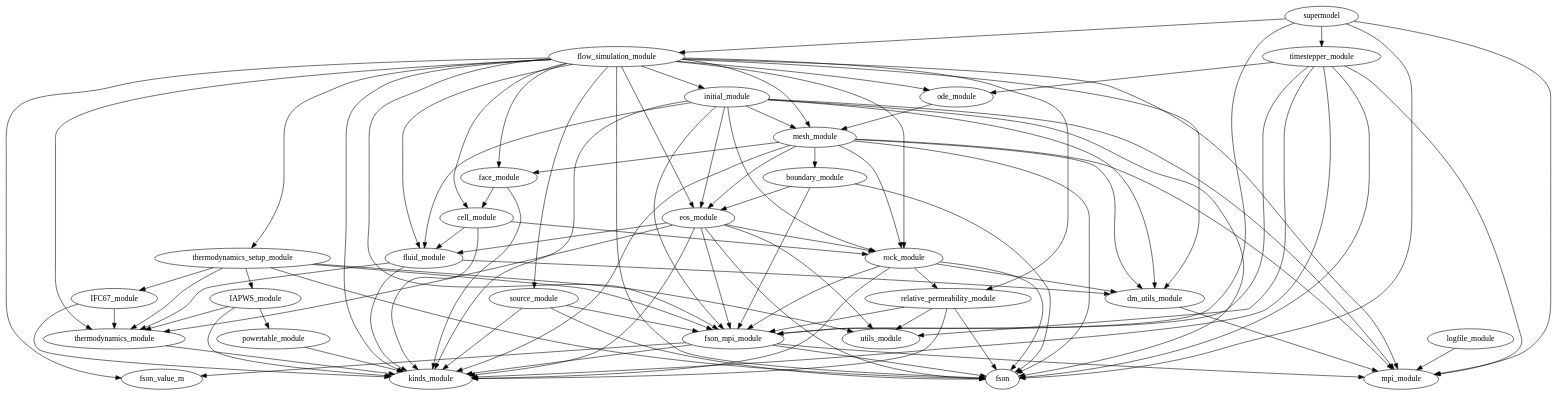
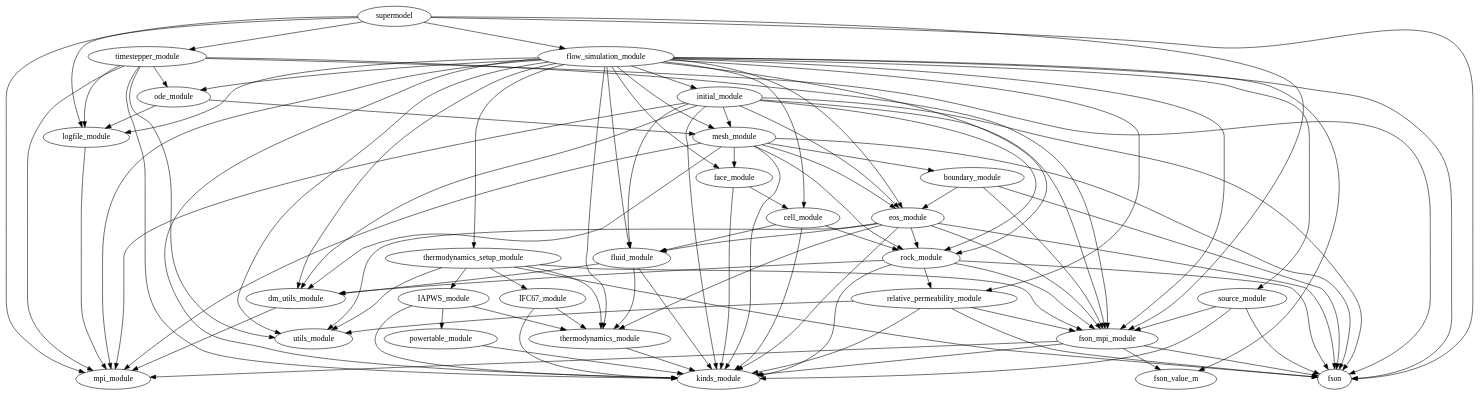
The diagram in doc/depends.dot (waiwera/waiwera), drawn with Graphviz before and after one commit. The commit also changed 2 other files, not shown here.

Commit message:
Changed timestepper step_output() routine to step_header() and removed current step print() call from it- so this is now just printing header info at the start of each time step

```diff
--- a/doc/depends.dot
+++ b/doc/depends.dot
@@ -1,98 +1,103 @@
-digraph logfile_module{
+digraph supermodel{
         fluid_module -> dm_utils_module
         fluid_module -> kinds_module
         fluid_module -> thermodynamics_module
         eos_module -> fluid_module
         eos_module -> fson
         eos_module -> fson_mpi_module
         eos_module -> kinds_module
         eos_module -> rock_module
         eos_module -> thermodynamics_module
         eos_module -> utils_module
         rock_module -> dm_utils_module
         rock_module -> fson
         rock_module -> fson_mpi_module
         rock_module -> kinds_module
         rock_module -> relative_permeability_module
         powertable_module -> kinds_module
+        ode_module -> logfile_module
         ode_module -> mesh_module
         dm_utils_module -> mpi_module
         cell_module -> fluid_module
         cell_module -> kinds_module
         cell_module -> rock_module
         boundary_module -> eos_module
         boundary_module -> fson
         boundary_module -> fson_mpi_module
         flow_simulation_module -> cell_module
         flow_simulation_module -> dm_utils_module
         flow_simulation_module -> eos_module
         flow_simulation_module -> face_module
         flow_simulation_module -> fluid_module
         flow_simulation_module -> fson
         flow_simulation_module -> fson_mpi_module
         flow_simulation_module -> fson_value_m
         flow_simulation_module -> initial_module
         flow_simulation_module -> kinds_module
+        flow_simulation_module -> logfile_module
         flow_simulation_module -> mesh_module
         flow_simulation_module -> mpi_module
         flow_simulation_module -> ode_module
         flow_simulation_module -> relative_permeability_module
         flow_simulation_module -> rock_module
         flow_simulation_module -> source_module
         flow_simulation_module -> thermodynamics_module
         flow_simulation_module -> thermodynamics_setup_module
+        flow_simulation_module -> utils_module
         thermodynamics_module -> kinds_module
         face_module -> cell_module
         face_module -> kinds_module
         initial_module -> dm_utils_module
         initial_module -> eos_module
         initial_module -> fluid_module
         initial_module -> fson
         initial_module -> fson_mpi_module
         initial_module -> kinds_module
         initial_module -> mesh_module
         initial_module -> mpi_module
         initial_module -> rock_module
         mesh_module -> boundary_module
         mesh_module -> dm_utils_module
         mesh_module -> eos_module
         mesh_module -> face_module
         mesh_module -> fson
         mesh_module -> kinds_module
         mesh_module -> mpi_module
         mesh_module -> rock_module
         fson_mpi_module -> fson
         fson_mpi_module -> fson_value_m
         fson_mpi_module -> kinds_module
         fson_mpi_module -> mpi_module
         IFC67_module -> kinds_module
         IFC67_module -> thermodynamics_module
         supermodel -> flow_simulation_module
         supermodel -> fson
         supermodel -> fson_mpi_module
+        supermodel -> logfile_module
         supermodel -> mpi_module
         supermodel -> timestepper_module
         source_module -> fson
         source_module -> fson_mpi_module
         source_module -> kinds_module
         IAPWS_module -> kinds_module
         IAPWS_module -> powertable_module
         IAPWS_module -> thermodynamics_module
         thermodynamics_setup_module -> IAPWS_module
         thermodynamics_setup_module -> IFC67_module
         thermodynamics_setup_module -> fson
         thermodynamics_setup_module -> fson_mpi_module
         thermodynamics_setup_module -> thermodynamics_module
         thermodynamics_setup_module -> utils_module
         timestepper_module -> fson
         timestepper_module -> fson_mpi_module
         timestepper_module -> kinds_module
+        timestepper_module -> logfile_module
         timestepper_module -> mpi_module
         timestepper_module -> ode_module
         timestepper_module -> utils_module
         logfile_module -> mpi_module
         relative_permeability_module -> fson
         relative_permeability_module -> fson_mpi_module
         relative_permeability_module -> kinds_module
         relative_permeability_module -> utils_module
 }
```
